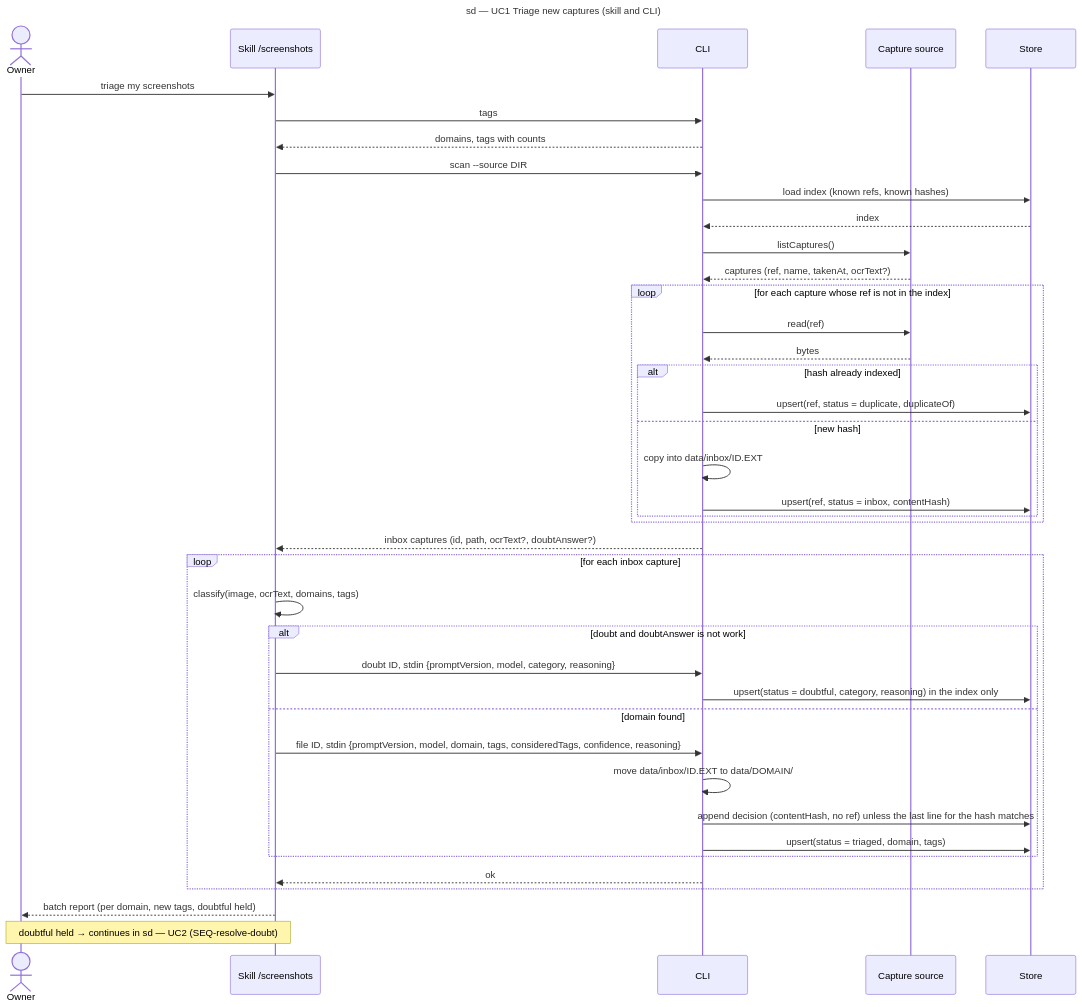
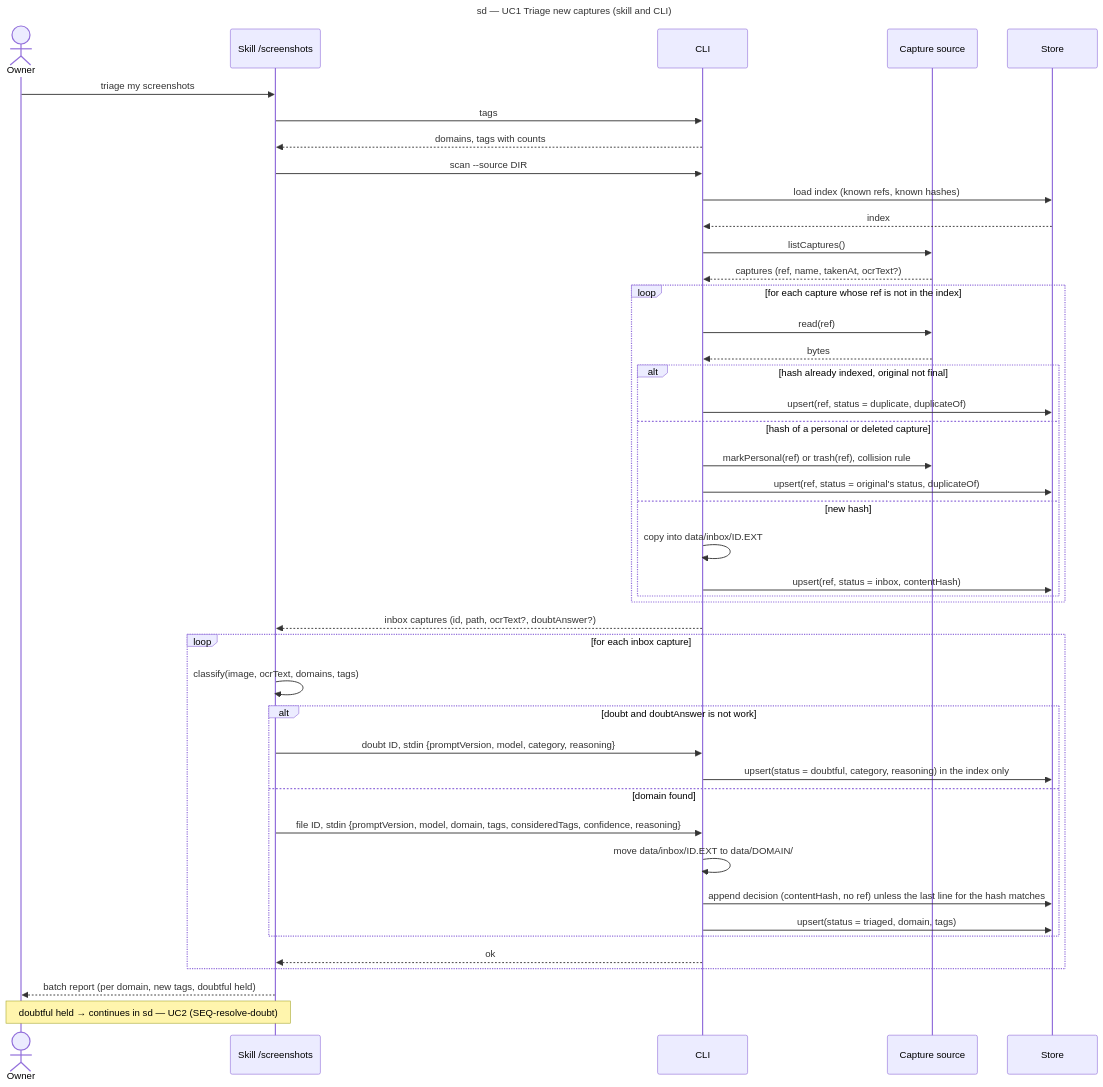
Before and after one commit to benoit-bremaud/screenshot-triage: the diagram in docs/architecture/diagrams/triage/02-sequence-triage-batch.md, drawn with Mermaid. The commit also changed other lines of this file and 7 other files, not shown here.

First line of the commit message:
docs(triage/architecture): settle a copy found after its original is final

````diff
--- a/docs/architecture/diagrams/triage/02-sequence-triage-batch.md
+++ b/docs/architecture/diagrams/triage/02-sequence-triage-batch.md
@@ -14,43 +14,46 @@
 ```mermaid
 sequenceDiagram
   title sd — UC1 Triage new captures (skill and CLI)
   actor Owner
   participant Skill as Skill /screenshots
   participant CLI as CLI
   participant Source as Capture source
   participant Store as Store
   Owner->>Skill: triage my screenshots
   Skill->>CLI: tags
   CLI-->>Skill: domains, tags with counts
   Skill->>CLI: scan --source DIR
   CLI->>Store: load index (known refs, known hashes)
   Store-->>CLI: index
   CLI->>Source: listCaptures()
   Source-->>CLI: captures (ref, name, takenAt, ocrText?)
   loop for each capture whose ref is not in the index
     CLI->>Source: read(ref)
     Source-->>CLI: bytes
-    alt hash already indexed
+    alt hash already indexed, original not final
       CLI->>Store: upsert(ref, status = duplicate, duplicateOf)
+    else hash of a personal or deleted capture
+      CLI->>Source: markPersonal(ref) or trash(ref), collision rule
+      CLI->>Store: upsert(ref, status = original's status, duplicateOf)
     else new hash
       CLI->>CLI: copy into data/inbox/ID.EXT
       CLI->>Store: upsert(ref, status = inbox, contentHash)
     end
   end
   CLI-->>Skill: inbox captures (id, path, ocrText?, doubtAnswer?)
   loop for each inbox capture
     Skill->>Skill: classify(image, ocrText, domains, tags)
     alt doubt and doubtAnswer is not work
       Skill->>CLI: doubt ID, stdin {promptVersion, model, category, reasoning}
       CLI->>Store: upsert(status = doubtful, category, reasoning) in the index only
     else domain found
       Skill->>CLI: file ID, stdin {promptVersion, model, domain, tags, consideredTags, confidence, reasoning}
       CLI->>CLI: move data/inbox/ID.EXT to data/DOMAIN/
       CLI->>Store: append decision (contentHash, no ref) unless the last line for the hash matches
       CLI->>Store: upsert(status = triaged, domain, tags)
     end
     CLI-->>Skill: ok
   end
   Skill-->>Owner: batch report (per domain, new tags, doubtful held)
   Note over Owner,Skill: doubtful held → continues in sd — UC2 (SEQ-resolve-doubt)
 ```
````
